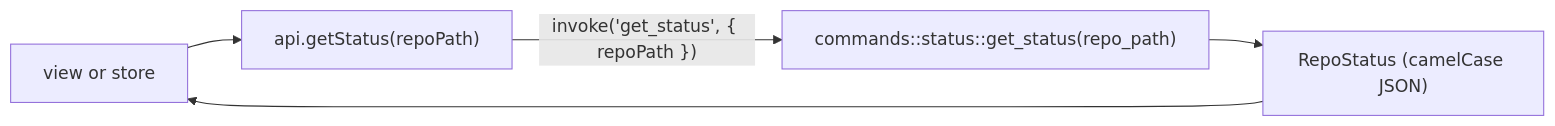
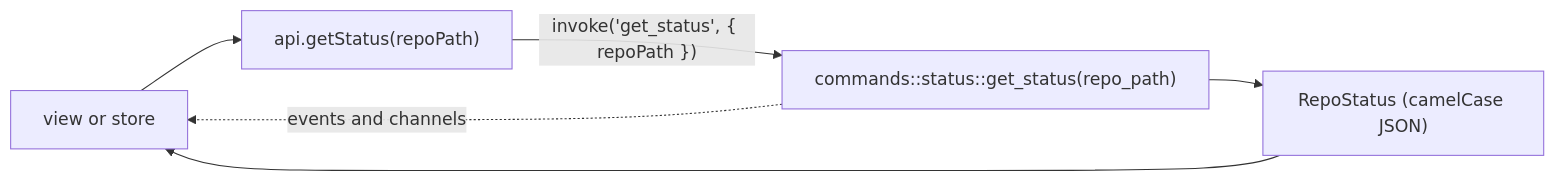
Before and after one commit to shibbirweb/git-manager: the diagram in docs/wiki/developer/Commands-and-Events.md, drawn with Mermaid. The commit also changed other lines of this file and 110 other files, not shown here.

````diff
--- a/docs/wiki/developer/Commands-and-Events.md
+++ b/docs/wiki/developer/Commands-and-Events.md
@@ -12,7 +19,8 @@
 ```mermaid
 flowchart LR
   View["view or store"] --> Wrapper["api.getStatus(repoPath)"]
   Wrapper -->|"invoke('get_status', { repoPath })"| Cmd["commands::status::get_status(repo_path)"]
   Cmd --> Dto["RepoStatus (camelCase JSON)"]
   Dto --> View
+  Cmd -. "events and channels" .-> View
 ```
````
